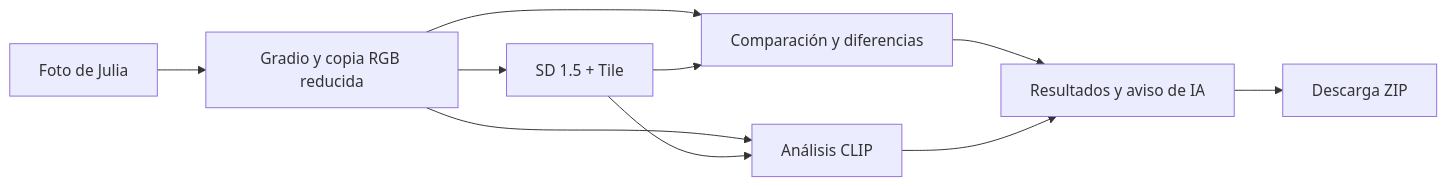
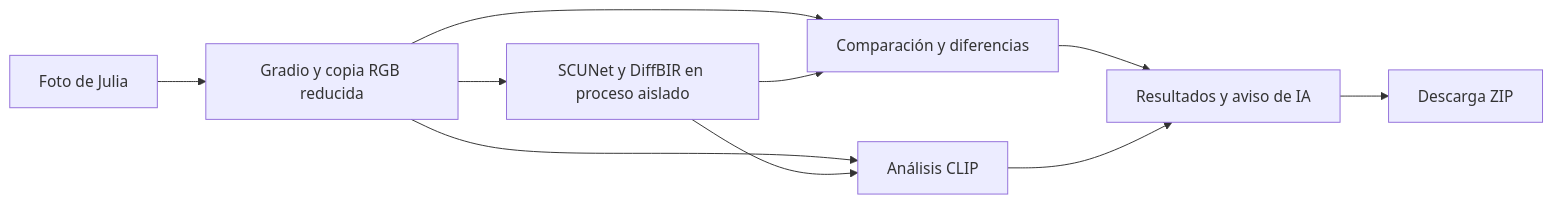
One commit to Sabri-Nang/astro-restauracion changed the diagram in README.md. Above: the diagram before and after it, drawn with Mermaid. The commit also changed other lines of this file and 2 other files, not shown here.

Commit message:
docs: actualizar Colab y registrar resultados y límites de DiffBIR

````diff
--- a/README.md
+++ b/README.md
@@ -74,12 +77,12 @@
 ```mermaid
 flowchart LR
     A[Foto de Julia] --> B[Gradio y copia RGB reducida]
-    B --> C[SD 1.5 + Tile]
+    B --> C[SCUNet y DiffBIR en proceso aislado]
     B --> D[Comparación y diferencias]
     C --> D
     B --> E[Análisis CLIP]
     C --> E
     D --> F[Resultados y aviso de IA]
     E --> F
     F --> G[Descarga ZIP]
 ```
````
